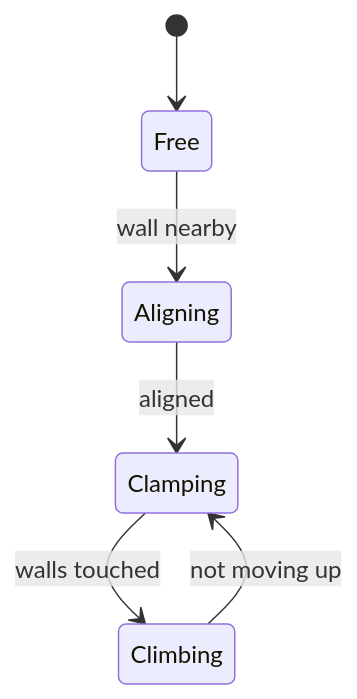
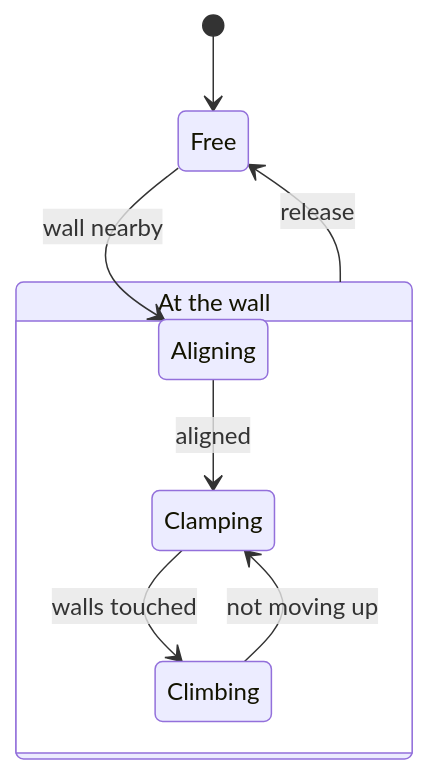
Before and after one commit to Annnnya/talos_hack: the fourth of 4 diagrams in README.md, drawn with Mermaid. The commit also changed other lines of this file, not shown here.

Commit message:
docs: draw release from every wall mode in the readme diagram

````diff
--- a/README.md
+++ b/README.md
@@ -113,8 +113,11 @@
 ```mermaid
 stateDiagram-v2
     [*] --> Free
     Free --> Aligning: wall nearby
-    Aligning --> Clamping: aligned
-    Clamping --> Climbing: walls touched
-    Climbing --> Clamping: not moving up
+    state "At the wall" as wall {
+        Aligning --> Clamping: aligned
+        Clamping --> Climbing: walls touched
+        Climbing --> Clamping: not moving up
+    }
+    wall --> Free: release
 ```
````
